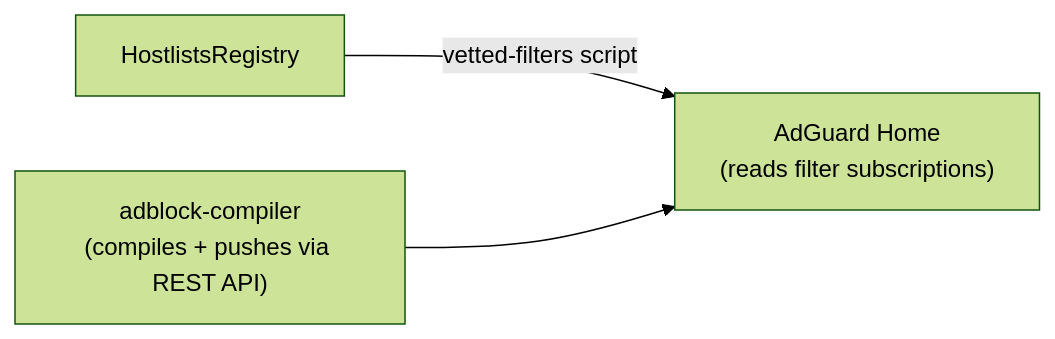
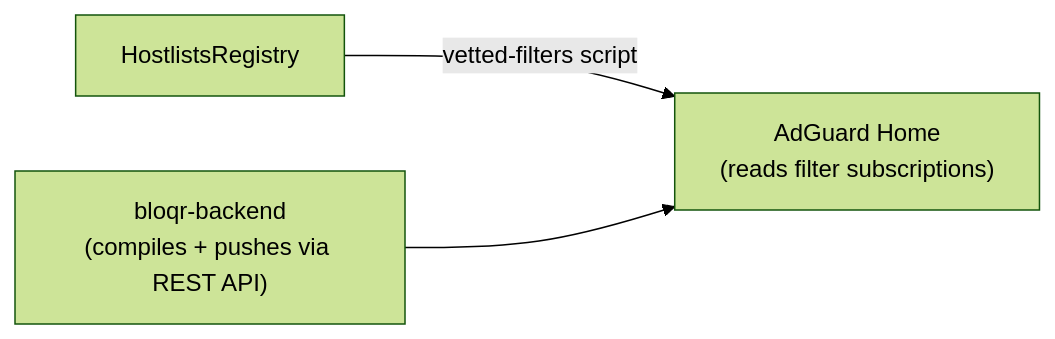
One commit to jaypatrick/adblock-compiler changed the diagram in ideas/ADGUARD_HOME_INTEGRATION.md. Above: the diagram before and after it, drawn with Mermaid (forest theme). The commit also changed other lines of this file and 252 other files, not shown here.

First line of the commit message:
chore: rename Cloudflare Worker names from adblock- to bloqr- (bloqr-compiler → bloqr-backend) (#1762)

````diff
--- a/ideas/ADGUARD_HOME_INTEGRATION.md
+++ b/ideas/ADGUARD_HOME_INTEGRATION.md
@@ -31,9 +31,9 @@
 ```mermaid
 flowchart LR
     HLR["HostlistsRegistry"]
     AGH["AdGuard Home\n(reads filter subscriptions)"]
-    AC["adblock-compiler\n(compiles + pushes via REST API)"]
+    AC["bloqr-backend\n(compiles + pushes via REST API)"]
 
     HLR -->|"vetted-filters script"| AGH
     AC --> AGH
 ```
````
